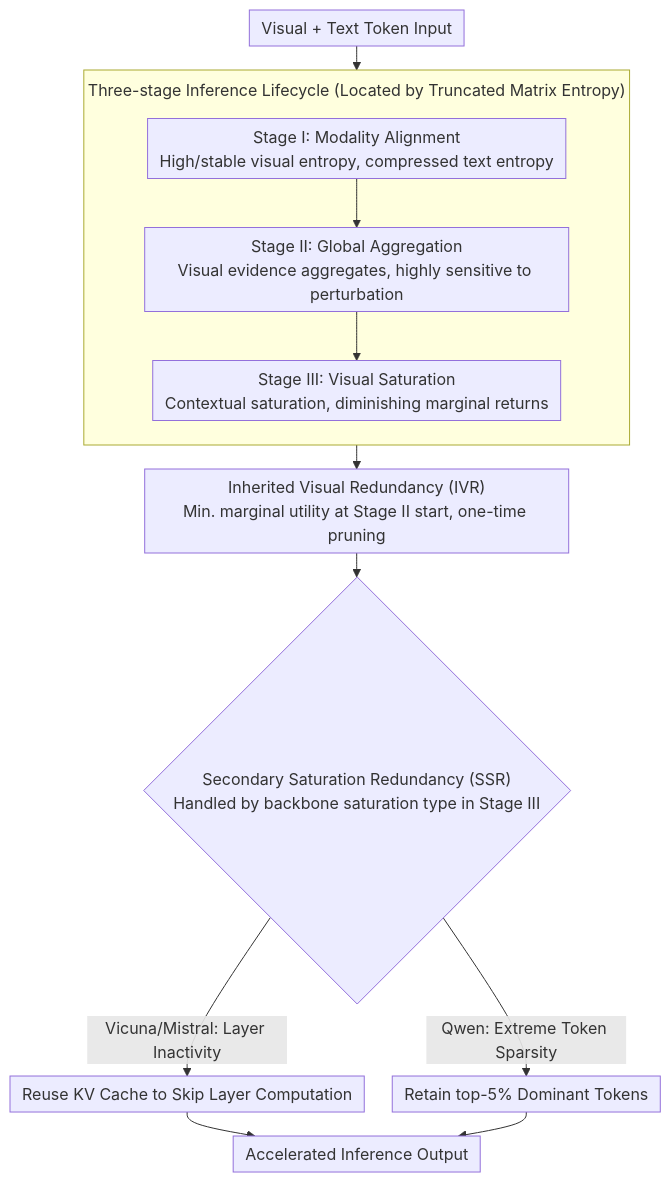
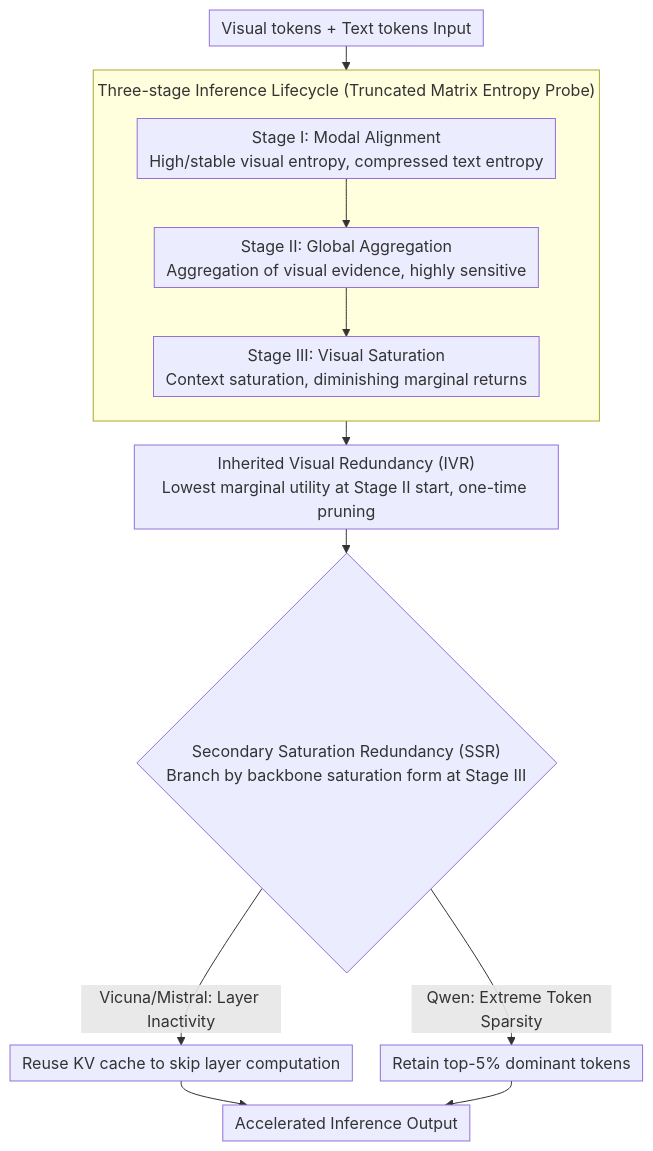
One commit to zhaoyang97/Paper-Notes-en changed the diagram in docs/ACL2026/vlm_efficiency/from_inheritance_to_saturation_disentangling_the_evolution_of_visual_redundancy_.md. Above: the diagram before and after it, drawn with Mermaid. The commit also changed other lines of this file and 5084 other files, not shown here.

````diff
--- a/docs/ACL2026/vlm_efficiency/from_inheritance_to_saturation_disentangling_the_evolution_of_visual_redundancy_.md
+++ b/docs/ACL2026/vlm_efficiency/from_inheritance_to_saturation_disentangling_the_evolution_of_visual_redundancy_.md
@@ -44,18 +44,18 @@
 ```mermaid
 %%{init: {'flowchart': {'rankSpacing': 24, 'nodeSpacing': 28, 'padding': 6, 'wrappingWidth': 400, 'subGraphTitleMargin': {'top': 8, 'bottom': 16}}}}%%
 flowchart TD
-    A["Visual + Text Token Input"] --> LIFE
-    subgraph LIFE["Three-stage Inference Lifecycle (Located by Truncated Matrix Entropy)"]
+    A["Visual tokens + Text tokens Input"] --> LIFE
+    subgraph LIFE["Three-stage Inference Lifecycle (Truncated Matrix Entropy Probe)"]
         direction TB
-        B["Stage I: Modality Alignment<br/>High/stable visual entropy, compressed text entropy"]
-        C["Stage II: Global Aggregation<br/>Visual evidence aggregates, highly sensitive to perturbation"]
-        D["Stage III: Visual Saturation<br/>Contextual saturation, diminishing marginal returns"]
+        B["Stage I: Modal Alignment<br/>High/stable visual entropy, compressed text entropy"]
+        C["Stage II: Global Aggregation<br/>Aggregation of visual evidence, highly sensitive"]
+        D["Stage III: Visual Saturation<br/>Context saturation, diminishing marginal returns"]
         B --> C --> D
     end
-    LIFE --> IVR["Inherited Visual Redundancy (IVR)<br/>Min. marginal utility at Stage II start, one-time pruning"]
-    IVR --> SSR{"Secondary Saturation Redundancy (SSR)<br/>Handled by backbone saturation type in Stage III"}
-    SSR -->|"Vicuna/Mistral: Layer Inactivity"| E["Reuse KV Cache to Skip Layer Computation"]
-    SSR -->|"Qwen: Extreme Token Sparsity"| F["Retain top-5% Dominant Tokens"]
+    LIFE --> IVR["Inherited Visual Redundancy (IVR)<br/>Lowest marginal utility at Stage II start, one-time pruning"]
+    IVR --> SSR{"Secondary Saturation Redundancy (SSR)<br/>Branch by backbone saturation form at Stage III"}
+    SSR -->|"Vicuna/Mistral: Layer Inactivity"| E["Reuse KV cache to skip layer computation"]
+    SSR -->|"Qwen: Extreme Token Sparsity"| F["Retain top-5% dominant tokens"]
     E --> G["Accelerated Inference Output"]
     F --> G
 ```
````
